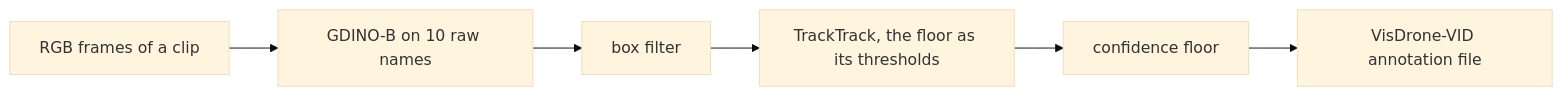
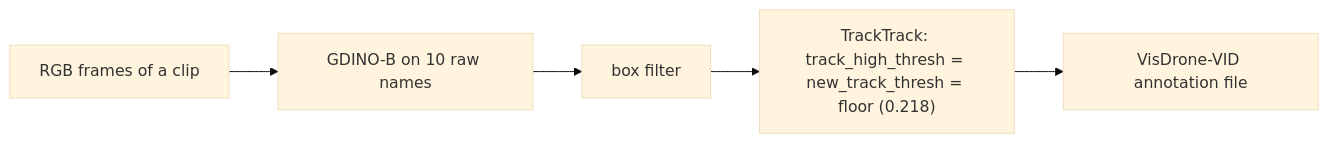
The diagram in docs/autolabel.md (vtarasv/mlops-cv), drawn with Mermaid (base theme) before and after one commit. The commit also changed other lines of this file and 7 other files, not shown here.

First line of the commit message:
fix(autolabel): keep every tracked box; the floor only sets the tracker's thresholds

````diff
--- a/docs/autolabel.md
+++ b/docs/autolabel.md
@@ -11,6 +11,6 @@
 ```mermaid
 flowchart LR
     F[RGB frames of a clip] --> D[GDINO-B on 10 raw names] --> B[box filter]
-    B --> T[TrackTrack, the floor as its thresholds] --> C[confidence floor]
-    C --> A[VisDrone-VID annotation file]
+    B --> T["TrackTrack: track_high_thresh = new_track_thresh = floor (0.218)"]
+    T --> A[VisDrone-VID annotation file]
 ```
````
